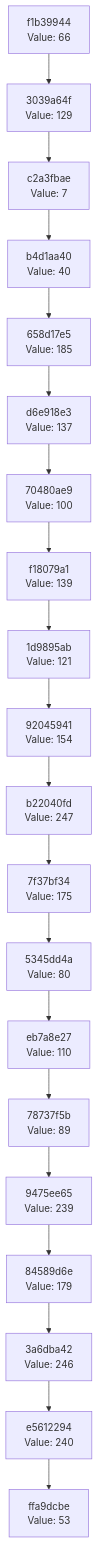
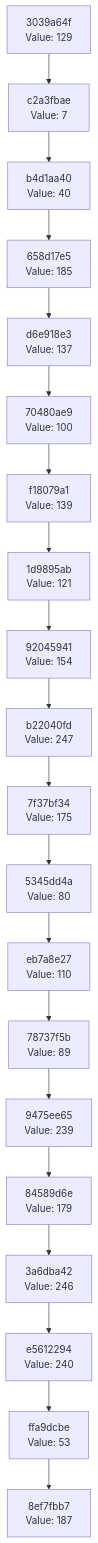
One commit to Abhisheksinha1506/hash-chain-evolver changed the diagram in docs/CHAIN_VISUALIZATION.md. Above: the diagram before and after it, drawn with Mermaid. The commit also changed 2 other files, not shown here.

Commit message:
Evolution step: hash 0xBB → action executed

````diff
--- a/docs/CHAIN_VISUALIZATION.md
+++ b/docs/CHAIN_VISUALIZATION.md
@@ -3,42 +3,42 @@
 ```mermaid
 graph TD
-    C0["ffa9dcbe<br/>Value: 53"]
-    C1["e5612294<br/>Value: 240"]
+    C0["8ef7fbb7<br/>Value: 187"]
+    C1["ffa9dcbe<br/>Value: 53"]
     C1 --> C0
-    C2["3a6dba42<br/>Value: 246"]
+    C2["e5612294<br/>Value: 240"]
     C2 --> C1
-    C3["84589d6e<br/>Value: 179"]
+    C3["3a6dba42<br/>Value: 246"]
     C3 --> C2
-    C4["9475ee65<br/>Value: 239"]
+    C4["84589d6e<br/>Value: 179"]
     C4 --> C3
-    C5["78737f5b<br/>Value: 89"]
+    C5["9475ee65<br/>Value: 239"]
     C5 --> C4
-    C6["eb7a8e27<br/>Value: 110"]
+    C6["78737f5b<br/>Value: 89"]
     C6 --> C5
-    C7["5345dd4a<br/>Value: 80"]
+    C7["eb7a8e27<br/>Value: 110"]
     C7 --> C6
-    C8["7f37bf34<br/>Value: 175"]
+    C8["5345dd4a<br/>Value: 80"]
     C8 --> C7
-    C9["b22040fd<br/>Value: 247"]
+    C9["7f37bf34<br/>Value: 175"]
     C9 --> C8
-    C10["92045941<br/>Value: 154"]
+    C10["b22040fd<br/>Value: 247"]
     C10 --> C9
-    C11["1d9895ab<br/>Value: 121"]
+    C11["92045941<br/>Value: 154"]
     C11 --> C10
-    C12["f18079a1<br/>Value: 139"]
+    C12["1d9895ab<br/>Value: 121"]
     C12 --> C11
-    C13["70480ae9<br/>Value: 100"]
+    C13["f18079a1<br/>Value: 139"]
     C13 --> C12
-    C14["d6e918e3<br/>Value: 137"]
+    C14["70480ae9<br/>Value: 100"]
     C14 --> C13
-    C15["658d17e5<br/>Value: 185"]
+    C15["d6e918e3<br/>Value: 137"]
     C15 --> C14
-    C16["b4d1aa40<br/>Value: 40"]
+    C16["658d17e5<br/>Value: 185"]
     C16 --> C15
-    C17["c2a3fbae<br/>Value: 7"]
+    C17["b4d1aa40<br/>Value: 40"]
     C17 --> C16
-    C18["3039a64f<br/>Value: 129"]
+    C18["c2a3fbae<br/>Value: 7"]
     C18 --> C17
-    C19["f1b39944<br/>Value: 66"]
+    C19["3039a64f<br/>Value: 129"]
     C19 --> C18
 ```
````
